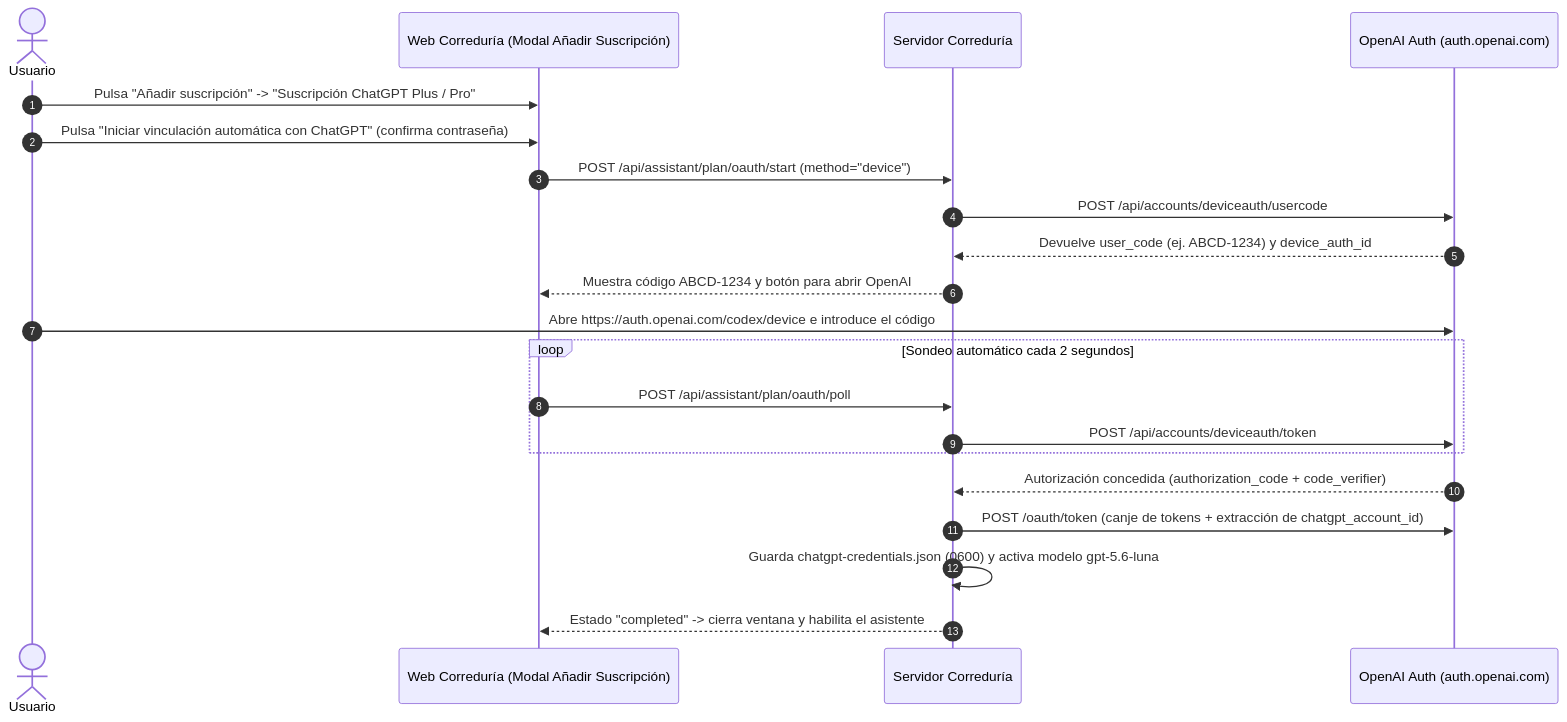
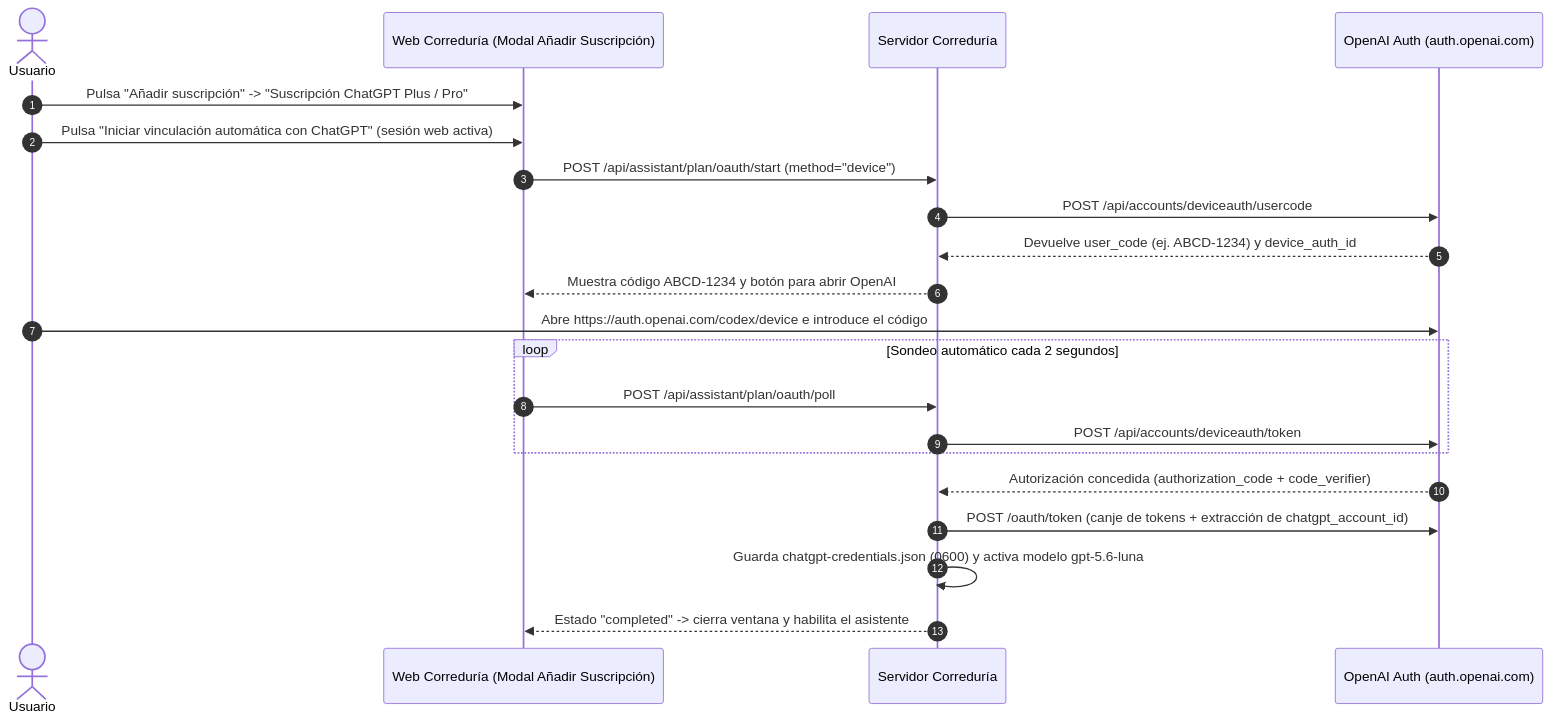
Before and after one commit to pericorl-tech/correduria-release: the diagram in manual-configuracion.md, drawn with Mermaid. The commit also changed other lines of this file and 1 other file, not shown here.

````diff
--- a/manual-configuracion.md
+++ b/manual-configuracion.md
@@ -323,24 +323,24 @@
 ```mermaid
 sequenceDiagram
     autonumber
     actor Usuario
     participant Web as Web Correduría (Modal Añadir Suscripción)
     participant Backend as Servidor Correduría
     participant OpenAI as OpenAI Auth (auth.openai.com)
 
     Usuario->>Web: Pulsa "Añadir suscripción" -> "Suscripción ChatGPT Plus / Pro"
-    Usuario->>Web: Pulsa "Iniciar vinculación automática con ChatGPT" (confirma contraseña)
+    Usuario->>Web: Pulsa "Iniciar vinculación automática con ChatGPT" (sesión web activa)
     Web->>Backend: POST /api/assistant/plan/oauth/start (method="device")
     Backend->>OpenAI: POST /api/accounts/deviceauth/usercode
     OpenAI-->>Backend: Devuelve user_code (ej. ABCD-1234) y device_auth_id
     Backend-->>Web: Muestra código ABCD-1234 y botón para abrir OpenAI
     Usuario->>OpenAI: Abre https://auth.openai.com/codex/device e introduce el código
     loop Sondeo automático cada 2 segundos
         Web->>Backend: POST /api/assistant/plan/oauth/poll
         Backend->>OpenAI: POST /api/accounts/deviceauth/token
     end
     OpenAI-->>Backend: Autorización concedida (authorization_code + code_verifier)
     Backend->>OpenAI: POST /oauth/token (canje de tokens + extracción de chatgpt_account_id)
     Backend->>Backend: Guarda chatgpt-credentials.json (0600) y activa modelo gpt-5.6-luna
     Backend-->>Web: Estado "completed" -> cierra ventana y habilita el asistente
 ```
````
